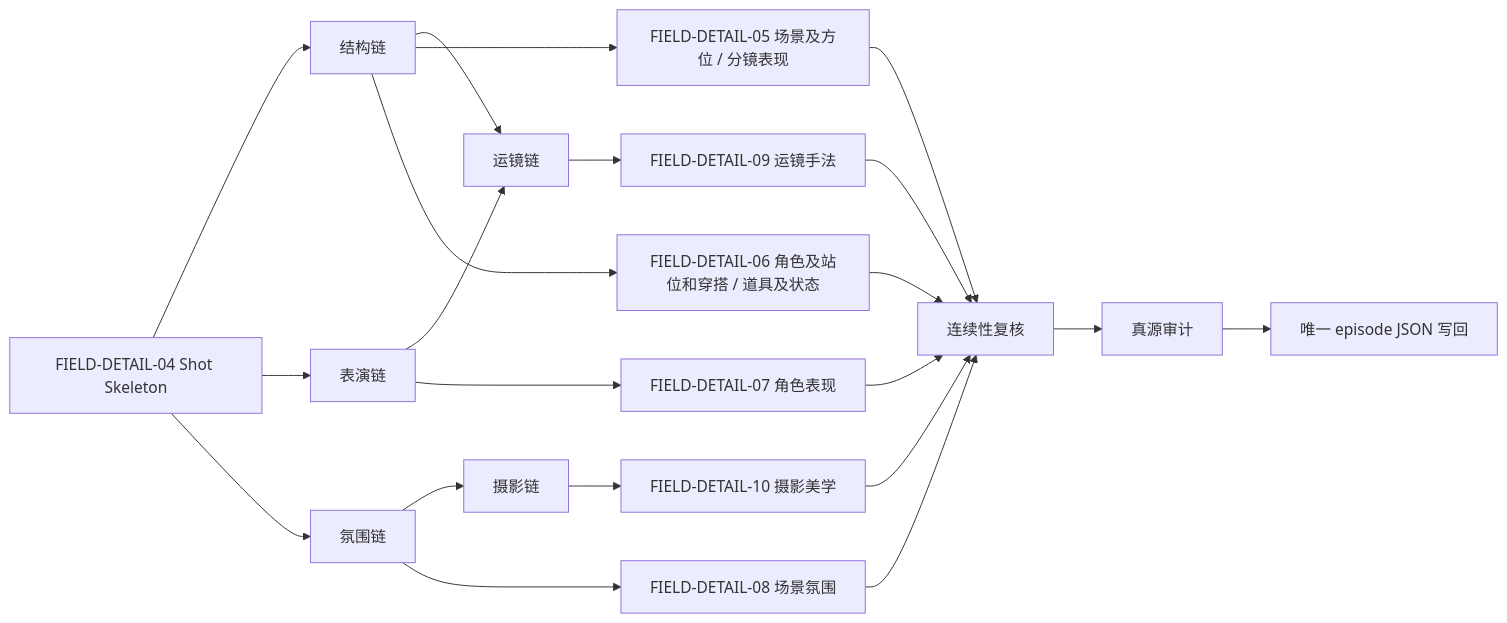
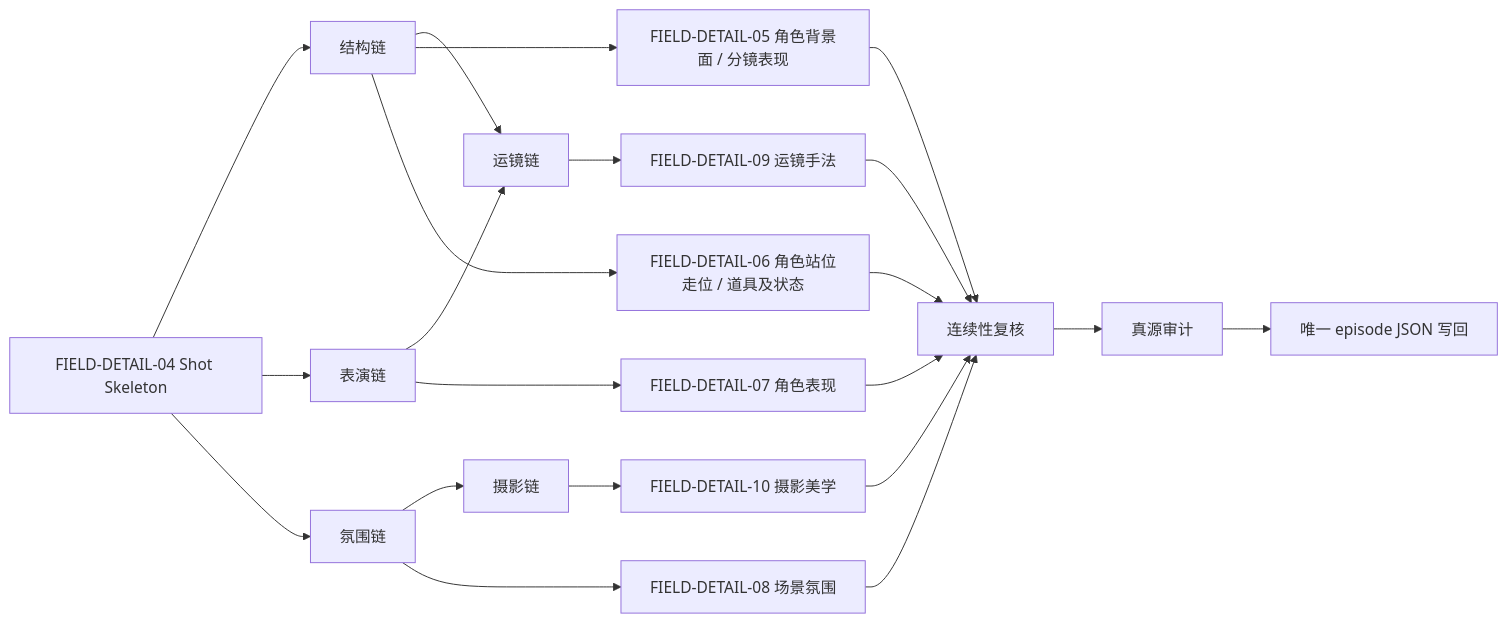
The fourth of 4 diagrams in .agents/skills/aigc/3-Detail/SKILL.md (ZEN-VOID/AI-CUT), drawn with Mermaid before and after one commit. The commit also changed other lines of this file and 25 other files, not shown here.

````diff
--- a/.agents/skills/aigc/3-Detail/SKILL.md
+++ b/.agents/skills/aigc/3-Detail/SKILL.md
@@ -190,23 +196,23 @@
 ```mermaid
 graph LR
     A["FIELD-DETAIL-04 Shot Skeleton"] --> B["结构链"]
     A --> C["表演链"]
     A --> D["氛围链"]
     B --> E["运镜链"]
     C --> E
     D --> F["摄影链"]
     E --> G["FIELD-DETAIL-09 运镜手法"]
     F --> H["FIELD-DETAIL-10 摄影美学"]
-    B --> I["FIELD-DETAIL-05 场景及方位 / 分镜表现"]
-    B --> K["FIELD-DETAIL-06 角色及站位和穿搭 / 道具及状态"]
+    B --> I["FIELD-DETAIL-05 角色背景面 / 分镜表现"]
+    B --> K["FIELD-DETAIL-06 角色站位走位 / 道具及状态"]
     C --> J["FIELD-DETAIL-07 角色表现"]
     D --> L["FIELD-DETAIL-08 场景氛围"]
     G --> M["连续性复核"]
     H --> M
     I --> M
     J --> M
     K --> M
     L --> M
     M --> N["真源审计"]
     N --> O["唯一 episode JSON 写回"]
 ```
````
